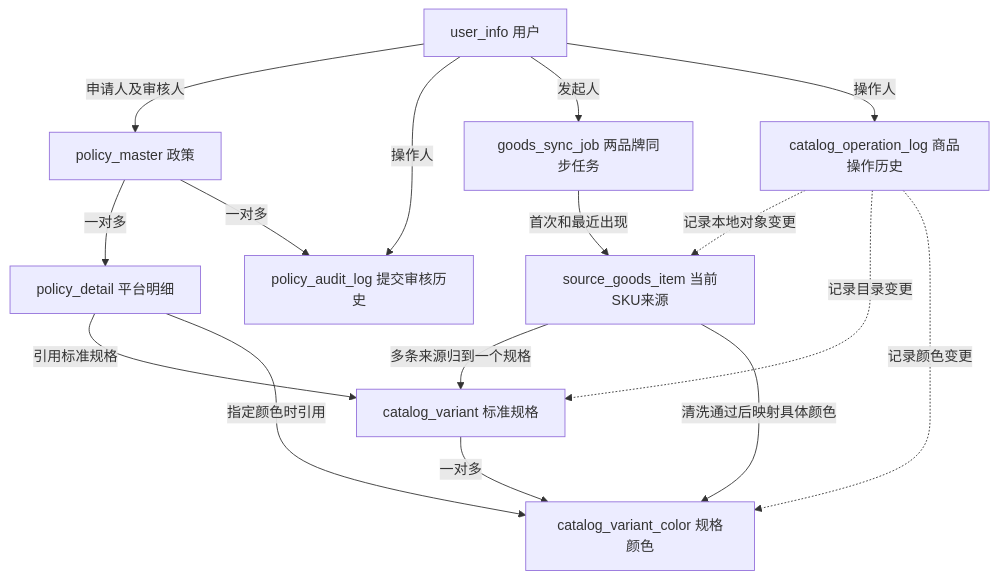
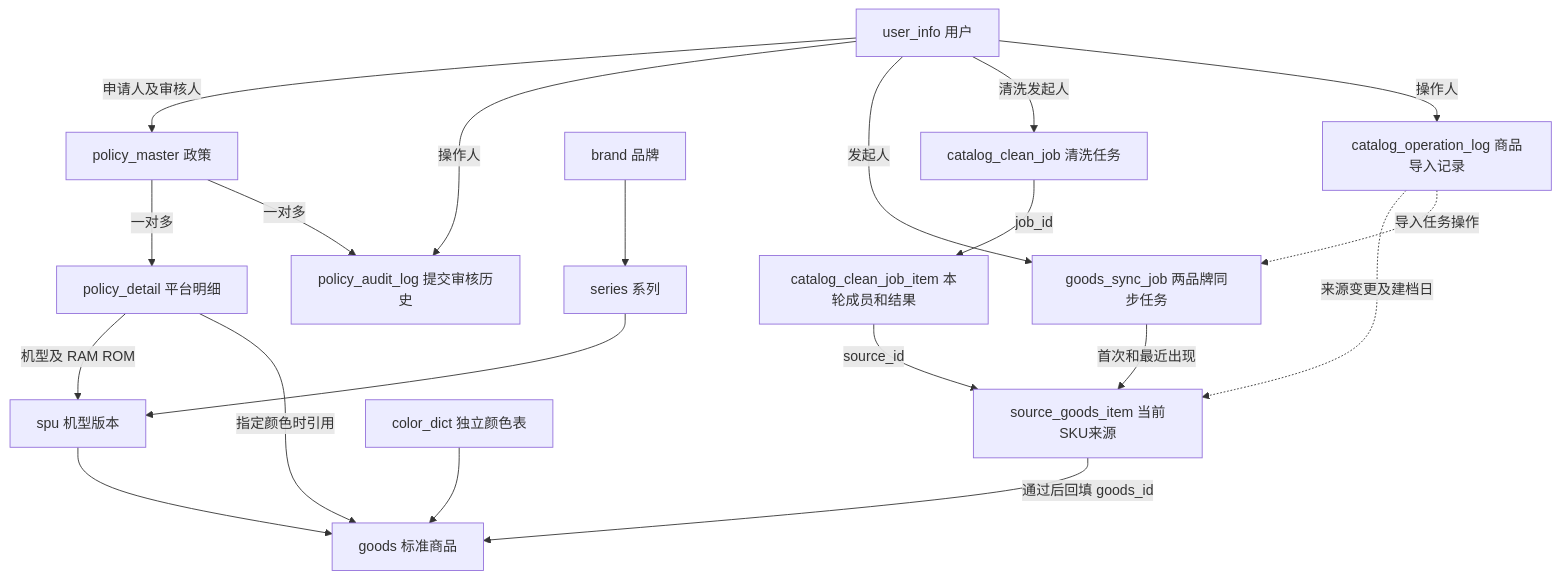
The diagram in docs/architecture/catalog-admin-design.md (szhi1488/differentiated-policy), drawn with Mermaid before and after one commit. The commit also changed other lines of this file and 66 other files, not shown here.

````diff
--- a/docs/architecture/catalog-admin-design.md
+++ b/docs/architecture/catalog-admin-design.md
@@ -33,18 +42,22 @@
 ```mermaid
 flowchart TB
     U[user_info 用户] -->|申请人及审核人| P[policy_master 政策]
     P -->|一对多| D[policy_detail 平台明细]
     P -->|一对多| A[policy_audit_log 提交审核历史]
     U -->|操作人| A
     U -->|发起人| J[goods_sync_job 两品牌同步任务]
     J -->|首次和最近出现| G[source_goods_item 当前SKU来源]
-    V[catalog_variant 标准规格] -->|一对多| C[catalog_variant_color 规格颜色]
-    G -->|多条来源归到一个规格| V
-    G -->|清洗通过后映射具体颜色| C
-    D -->|引用标准规格| V
+    U -->|清洗发起人| T[catalog_clean_job 清洗任务]
+    T -->|job_id| M[catalog_clean_job_item 本轮成员和结果]
+    M -->|source_id| G
+    B[brand 品牌] --> S[series 系列]
+    S --> V[spu 机型版本]
+    V --> C[goods 标准商品]
+    K[color_dict 独立颜色表] --> C
+    G -->|通过后回填 goods_id| C
+    D -->|机型及 RAM ROM| V
     D -->|指定颜色时引用| C
-    U -->|操作人| L[catalog_operation_log 商品操作历史]
-    L -.记录本地对象变更.-> G
-    L -.记录目录变更.-> V
-    L -.记录颜色变更.-> C
+    U -->|操作人| L[catalog_operation_log 商品导入记录]
+    L -.来源变更及建档日.-> G
+    L -.导入任务操作.-> J
 ```
````
